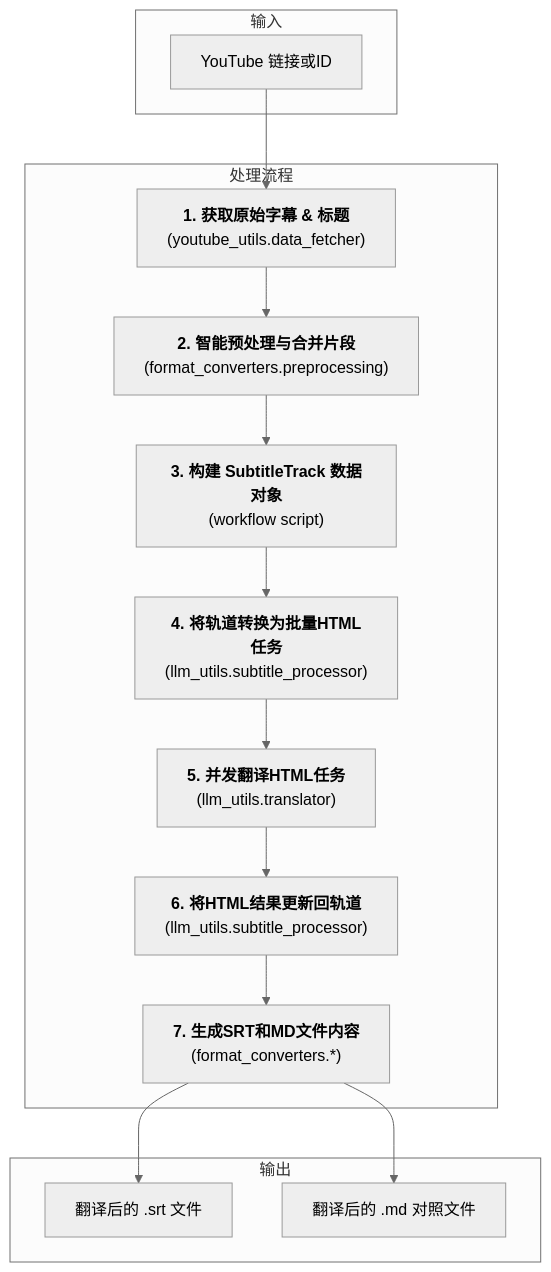
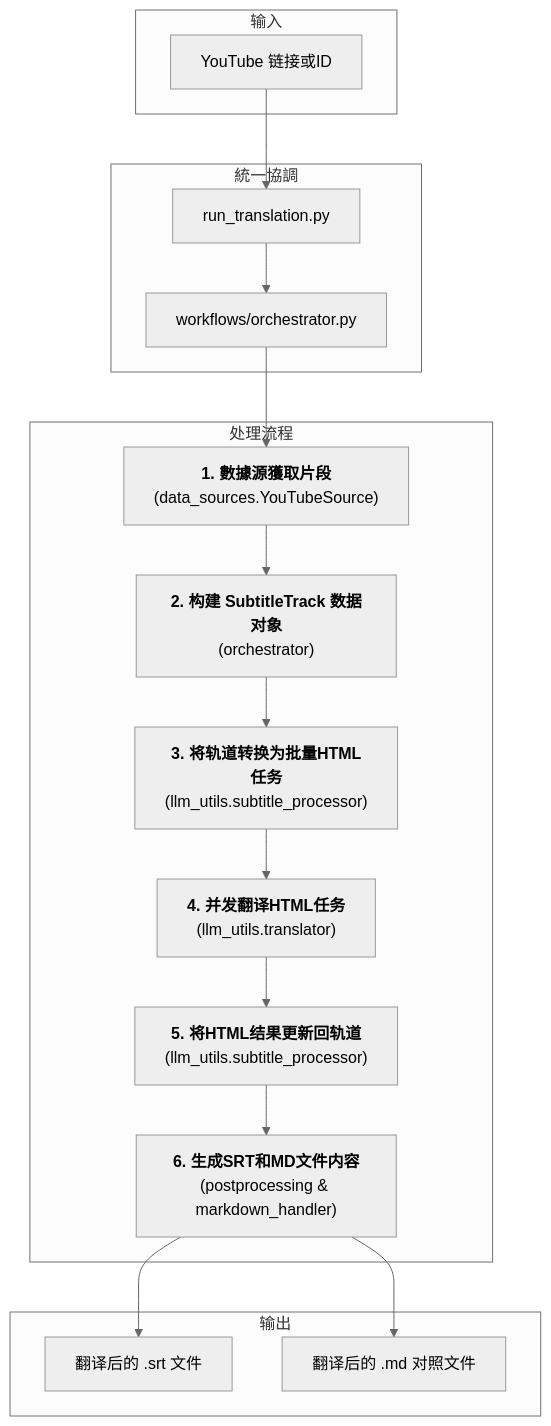
The diagram in docs/03_workflow_youtube_translation.md (kuniyao/MultiMediaGenAI), drawn with Mermaid (neutral theme) before and after one commit. The commit also changed other lines of this file and 12 other files, not shown here.

First line of the commit message:
feat: Unify subtitle translation workflows and update documentation

````diff
--- a/docs/03_workflow_youtube_translation.md
+++ b/docs/03_workflow_youtube_translation.md
@@ -15,24 +15,28 @@
 ```mermaid
 graph TD;
     subgraph Input [输入]
         A[YouTube 链接或ID]
     end
 
+    subgraph Orchestration [統一協調]
+        O1[run_translation.py]
+        O2[workflows/orchestrator.py]
+    end
+
     subgraph Processing [处理流程]
-        B["<b>1. 获取原始字幕 & 标题</b><br>(youtube_utils.data_fetcher)"]
-        B_plus["<b>2. 智能预处理与合并片段</b><br>(format_converters.preprocessing)"]
-        C["<b>3. 构建 SubtitleTrack 数据对象</b><br>(workflow script)"]
-        D["<b>4. 将轨道转换为批量HTML任务</b><br>(llm_utils.subtitle_processor)"]
-        E["<b>5. 并发翻译HTML任务</b><br>(llm_utils.translator)"]
-        F["<b>6. 将HTML结果更新回轨道</b><br>(llm_utils.subtitle_processor)"]
-        G["<b>7. 生成SRT和MD文件内容</b><br>(format_converters.*)"]
+        B["<b>1. 數據源獲取片段</b><br>(data_sources.YouTubeSource)"]
+        C["<b>2. 构建 SubtitleTrack 数据对象</b><br>(orchestrator)"]
+        D["<b>3. 将轨道转换为批量HTML任务</b><br>(llm_utils.subtitle_processor)"]
+        E["<b>4. 并发翻译HTML任务</b><br>(llm_utils.translator)"]
+        F["<b>5. 将HTML结果更新回轨道</b><br>(llm_utils.subtitle_processor)"]
+        G["<b>6. 生成SRT和MD文件内容</b><br>(postprocessing & markdown_handler)"]
     end
 
     subgraph Output [输出]
         H1[翻译后的 .srt 文件]
         H2[翻译后的 .md 对照文件]
     end
 
-    A --> B --> B_plus --> C --> D --> E --> F --> G;
+    A --> O1 --> O2 --> B --> C --> D --> E --> F --> G;
     G --> H1 & H2;
 ```
````
